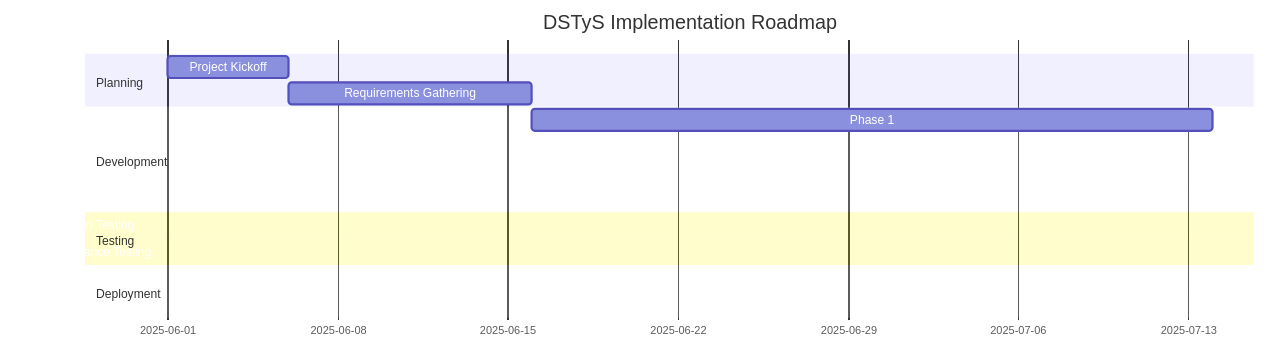
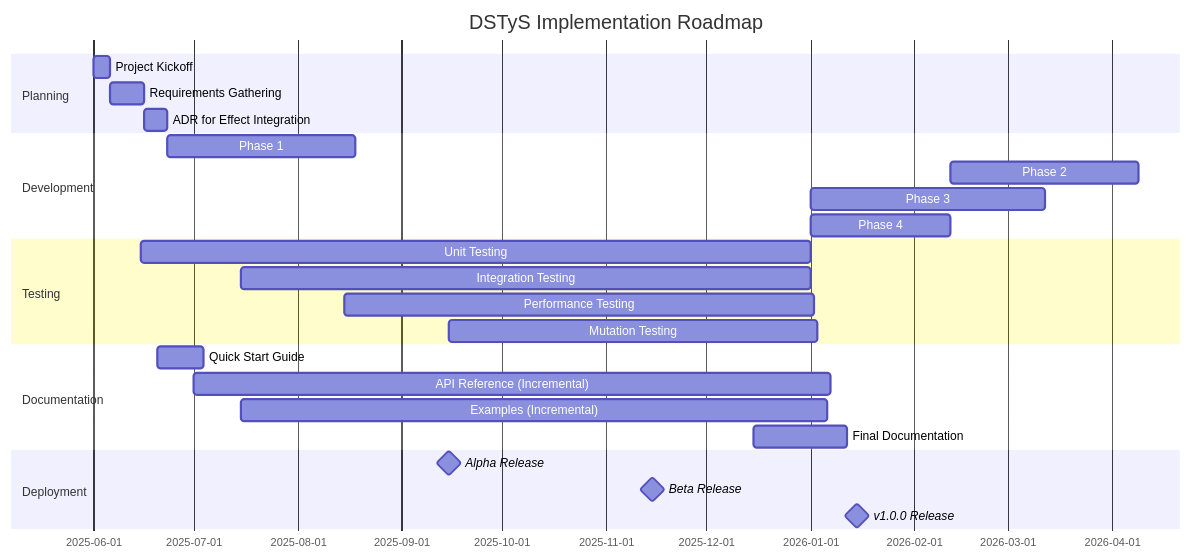
Before and after one commit to helaix/DSTyS: the third of 3 diagrams in docs/DSTyS_Project_Overview.md, drawn with Mermaid. The commit also changed other lines of this file, not shown here.

````diff
--- a/docs/DSTyS_Project_Overview.md
+++ b/docs/DSTyS_Project_Overview.md
@@ -652,19 +815,28 @@
 ```mermaid
 gantt
     title DSTyS Implementation Roadmap
     dateFormat  YYYY-MM-DD
     section Planning
     Project Kickoff           :a1, 2025-06-01, 5d
     Requirements Gathering    :a2, after a1, 10d
+    ADR for Effect Integration :a3, after a2, 7d
     section Development
-    Phase 1: Core Foundation  :b1, after a2, 28d
-    Phase 2: Basic Functionality :b2, after b1, 28d
-    Phase 3: Advanced Features :b3, after b2, 35d
-    Phase 4: Refinement & Release :b4, after b3, 28d
+    Phase 1: Core Foundation  :b1, after a3, 56d
+    Phase 2: Basic Functionality :b2, after b1, 56d
+    Phase 3: Advanced Features :b3, after b2, 70d
+    Phase 4: Refinement & Release :b4, after b3, 42d
     section Testing
-    Integration Testing       :c1, after b4, 14d
-    User Acceptance Testing   :c2, after c1, 10d
+    Unit Testing              :c1, 2025-06-15, 200d
+    Integration Testing       :c2, 2025-07-15, 170d
+    Performance Testing       :c3, 2025-08-15, 140d
+    Mutation Testing          :c4, 2025-09-15, 110d
+    section Documentation
+    Quick Start Guide         :d1, 2025-06-20, 14d
+    API Reference (Incremental) :d2, 2025-07-01, 190d
+    Examples (Incremental)    :d3, 2025-07-15, 175d
+    Final Documentation       :d4, 2025-12-15, 28d
     section Deployment
-    Documentation Finalization :d1, after c2, 7d
-    npm Package Release       :milestone, after d1, 0d
+    Alpha Release             :milestone, 2025-09-15, 0d
+    Beta Release              :milestone, 2025-11-15, 0d
+    v1.0.0 Release            :milestone, 2026-01-15, 0d
 ```
````
